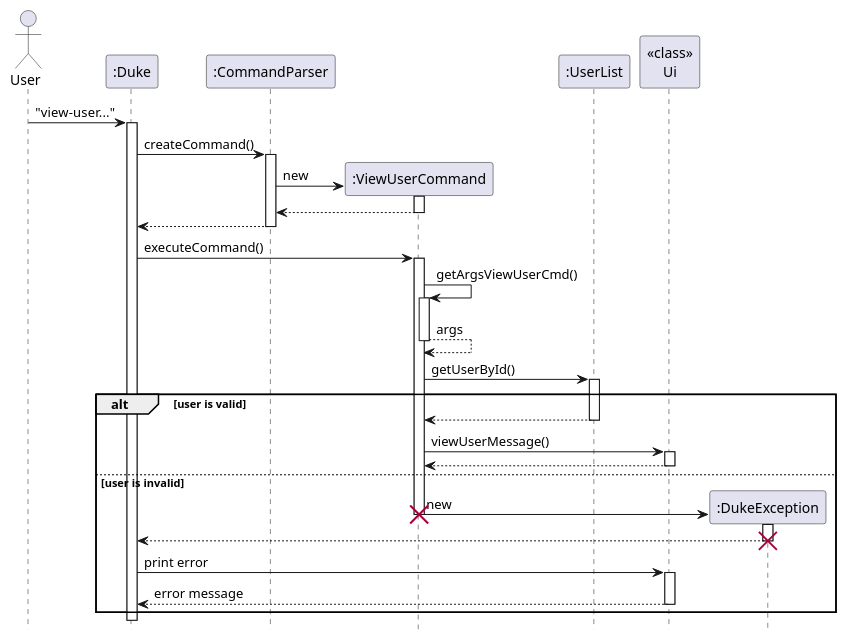
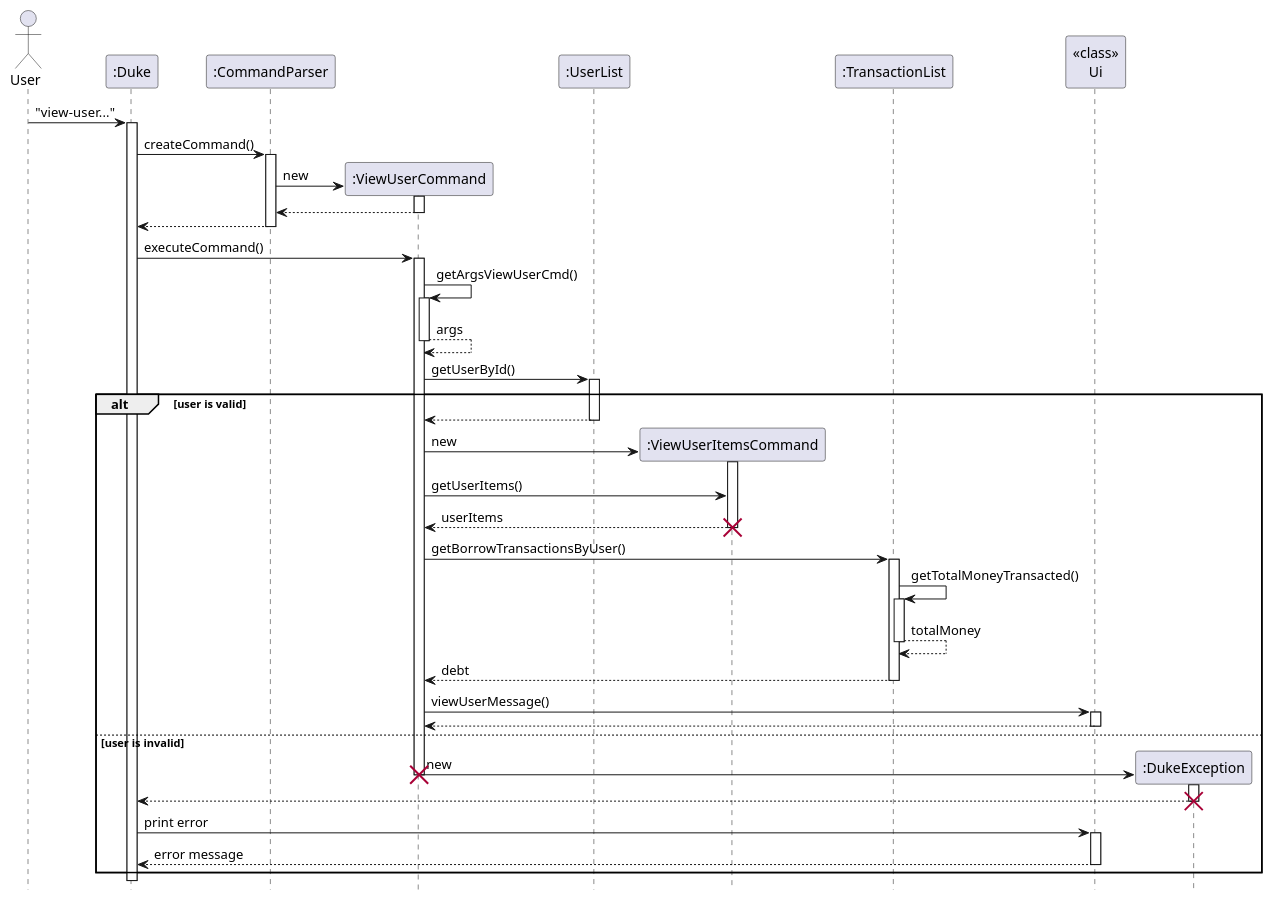
One commit to nus-cs2113-AY2223S1/tp changed the diagram in docs/diagrams/user/ViewUserSequence.puml. Above: the diagram before and after it, drawn with PlantUML. The commit also changed 8 other files, not shown here.

Commit message:
updated DG and UG for view-user and view-user-items command

```diff
--- a/docs/diagrams/user/ViewUserSequence.puml
+++ b/docs/diagrams/user/ViewUserSequence.puml
@@ -1,44 +1,54 @@
 @startuml
 hide footbox
 
 Actor User
 "User" -> ":Duke": "view-user..."
 activate ":Duke"
 ":Duke" -> ":CommandParser": createCommand()
 activate ":CommandParser"
 ":CommandParser" -> ":ViewUserCommand"**: new
 activate ":ViewUserCommand"
 return
 ":CommandParser" --> ":Duke"
 deactivate
 
 ":Duke" -> ":ViewUserCommand" : executeCommand()
 activate ":ViewUserCommand"
 ":ViewUserCommand" -> ":ViewUserCommand": getArgsViewUserCmd()
 activate ":ViewUserCommand"
 return args
     ":ViewUserCommand" -> ":UserList": getUserById()
     activate ":UserList"
 alt user is valid
     ":UserList" --> ":ViewUserCommand":
     deactivate ":UserList"
-
+    ":ViewUserCommand" -> ":ViewUserItemsCommand"**:new
+    activate ":ViewUserItemsCommand"
+    ":ViewUserCommand" -> ":ViewUserItemsCommand":getUserItems()
+    return userItems
+    destroy ":ViewUserItemsCommand"
+    ":ViewUserCommand" -> ":TransactionList": getBorrowTransactionsByUser()
+    activate ":TransactionList"
+    ":TransactionList" -> ":TransactionList": getTotalMoneyTransacted()
+    activate ":TransactionList"
+    return totalMoney
+    return debt
     ":ViewUserCommand" -> "<<class>>\nUi": viewUserMessage()
     activate "<<class>>\nUi"
     return
     deactivate "<<class>>\nUi"
     deactivate ":UserList"
 else user is invalid
     ":ViewUserCommand" -> ":DukeException"** : new
     destroy ":ViewUserCommand"
     activate ":DukeException"
     ":DukeException" --> ":Duke"
     destroy ":DukeException"
     ":Duke" -> "<<class>>\nUi" : print error
     activate "<<class>>\nUi"
     "<<class>>\nUi" --> ":Duke" : error message
     deactivate "<<class>>\nUi"
 end
 deactivate ":ViewUserCommand"
 
 @enduml
```
